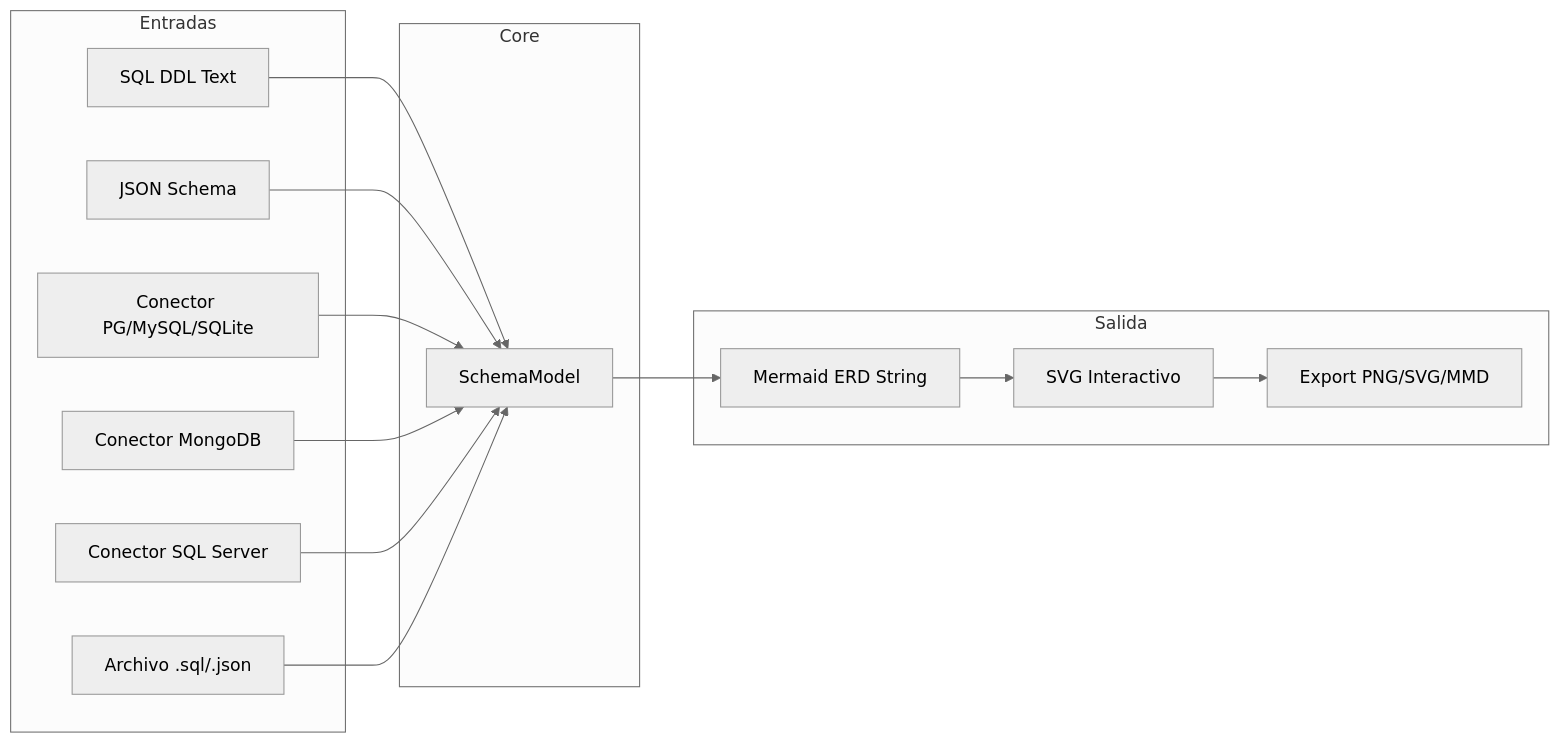
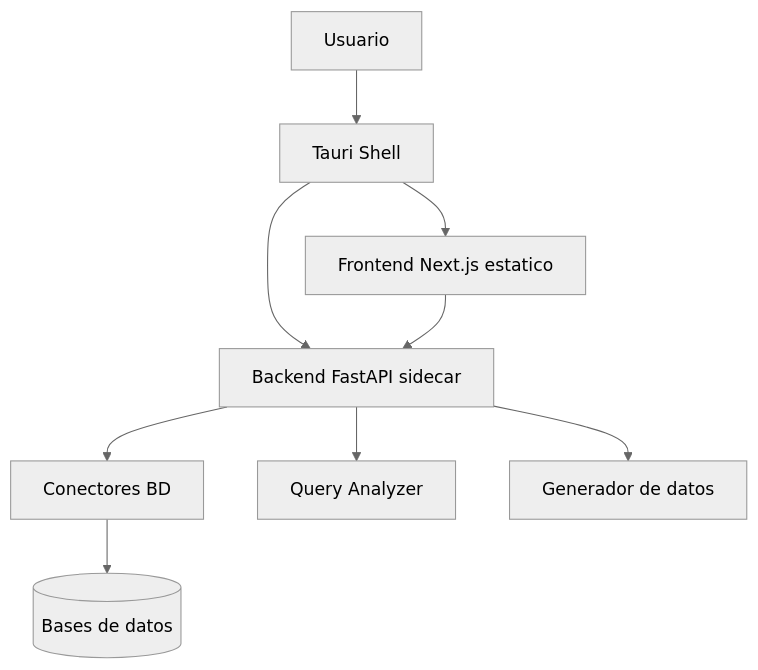
The diagram in doc/FD04-Informe-Arquitectura-Software.md (UPT-FAING-EPIS/proyecto-si783-2026-i-u1-generador-de-diagramas-de-base), drawn with Mermaid (neutral theme) before and after one commit. The commit also changed other lines of this file and 5 other files, not shown here.

````diff
--- a/doc/FD04-Informe-Arquitectura-Software.md
+++ b/doc/FD04-Informe-Arquitectura-Software.md
@@ -78,29 +27,11 @@
 ```mermaid
-graph LR
-    subgraph Entradas
-        A[SQL DDL Text]
-        B[JSON Schema]
-        C[Conector PG/MySQL/SQLite]
-        D[Conector MongoDB]
-        E[Conector SQL Server]
-        F[Archivo .sql/.json]
-    end
-
-    subgraph Core
-        G[SchemaModel]
-    end
-
-    subgraph Salida
-        H[Mermaid ERD String]
-        I[SVG Interactivo]
-        J[Export PNG/SVG/MMD]
-    end
-
-    A --> G
-    B --> G
-    C --> G
-    D --> G
-    E --> G
-    F --> G
-    G --> H --> I --> J
+graph TD
+    U[Usuario] --> T[Tauri Shell]
+    T --> F[Frontend Next.js estatico]
+    T --> B[Backend FastAPI sidecar]
+    F --> B
+    B --> C[Conectores BD]
+    B --> Q[Query Analyzer]
+    B --> G[Generador de datos]
+    C --> DB[(Bases de datos)]
 ```
````
